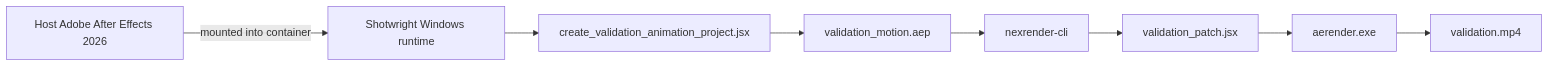
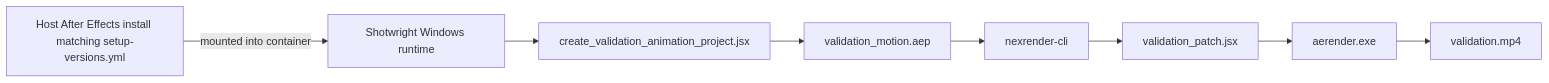
One commit to machinepulse-ai/shotwright changed the diagram in README.md. Above: the diagram before and after it, drawn with Mermaid. The commit also changed other lines of this file and 16 other files, not shown here.

````diff
--- a/README.md
+++ b/README.md
@@ -94,10 +94,10 @@
 ```mermaid
 flowchart LR
-		H[Host Adobe After Effects 2026] -->|mounted into container| C[Shotwright Windows runtime]
+		H[Host After Effects install matching setup-versions.yml] -->|mounted into container| C[Shotwright Windows runtime]
 		C --> P[create_validation_animation_project.jsx]
 		P --> A[validation_motion.aep]
 		A --> N[nexrender-cli]
 		N --> S[validation_patch.jsx]
 		S --> R[aerender.exe]
 		R --> M[validation.mp4]
 ```
````
